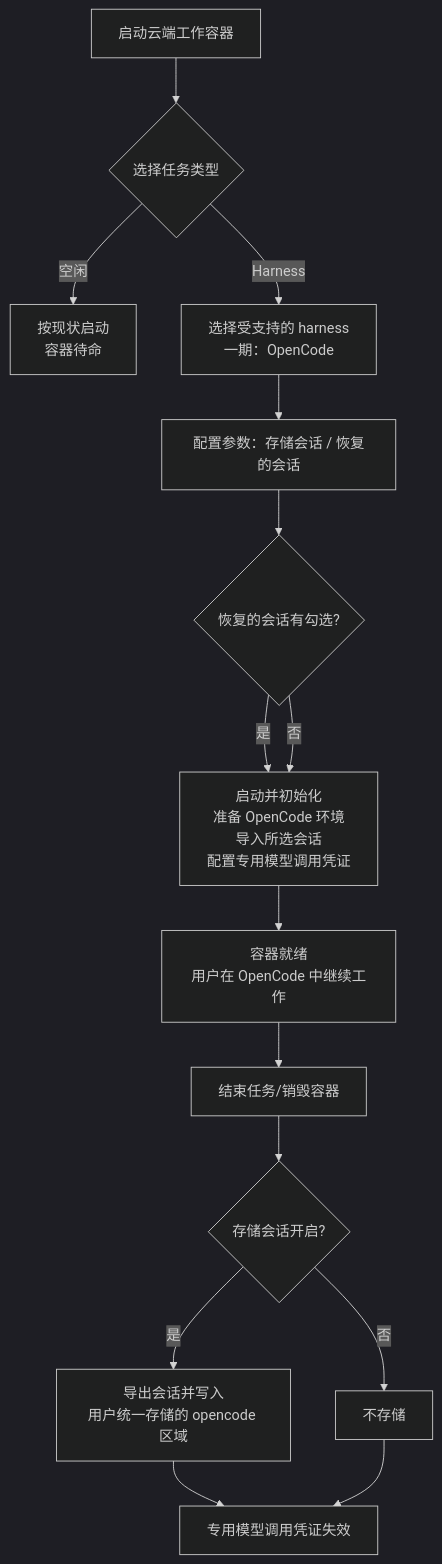
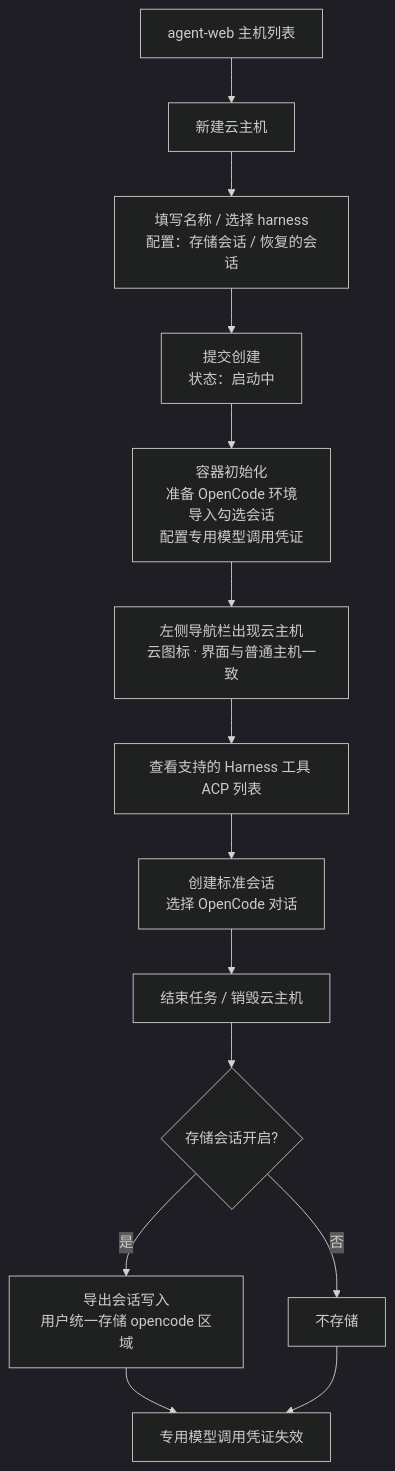
One commit to Deliay/z-agent-gear changed the first of 3 diagrams in docs/product/draft/20261020-container-harness-support.md. Above: the diagram before and after it, drawn with Mermaid (dark theme). The commit also changed other lines of this file and 3 other files, not shown here.

````diff
--- a/docs/product/draft/20261020-container-harness-support.md
+++ b/docs/product/draft/20261020-container-harness-support.md
@@ -180,17 +214,16 @@
 ```mermaid
 flowchart TD
-    A[启动云端工作容器] --> B{选择任务类型}
-    B -->|空闲| C[按现状启动<br/>容器待命]
-    B -->|Harness| D[选择受支持的 harness<br/>一期：OpenCode]
-    D --> E[配置参数：存储会话 / 恢复的会话]
-    E --> F{恢复的会话有勾选?}
-    F -->|是| G[启动并初始化<br/>准备 OpenCode 环境<br/>导入所选会话<br/>配置专用模型调用凭证]
-    F -->|否| G
-    G --> H[容器就绪<br/>用户在 OpenCode 中继续工作]
-    H --> I[结束任务/销毁容器]
+    A[agent-web 主机列表] --> B[新建云主机]
+    B --> C[填写名称 / 选择 harness<br/>配置：存储会话 / 恢复的会话]
+    C --> D[提交创建<br/>状态：启动中]
+    D --> E[容器初始化<br/>准备 OpenCode 环境<br/>导入勾选会话<br/>配置专用模型调用凭证]
+    E --> F[左侧导航栏出现云主机<br/>云图标 · 界面与普通主机一致]
+    F --> G[查看支持的 Harness 工具 ACP 列表]
+    G --> H[创建标准会话<br/>选择 OpenCode 对话]
+    H --> I[结束任务 / 销毁云主机]
     I --> J{存储会话开启?}
-    J -->|是| K[导出会话并写入<br/>用户统一存储的 opencode 区域]
+    J -->|是| K[导出会话写入<br/>用户统一存储 opencode 区域]
     J -->|否| L[不存储]
     K --> M[专用模型调用凭证失效]
     L --> M
 ```
````
